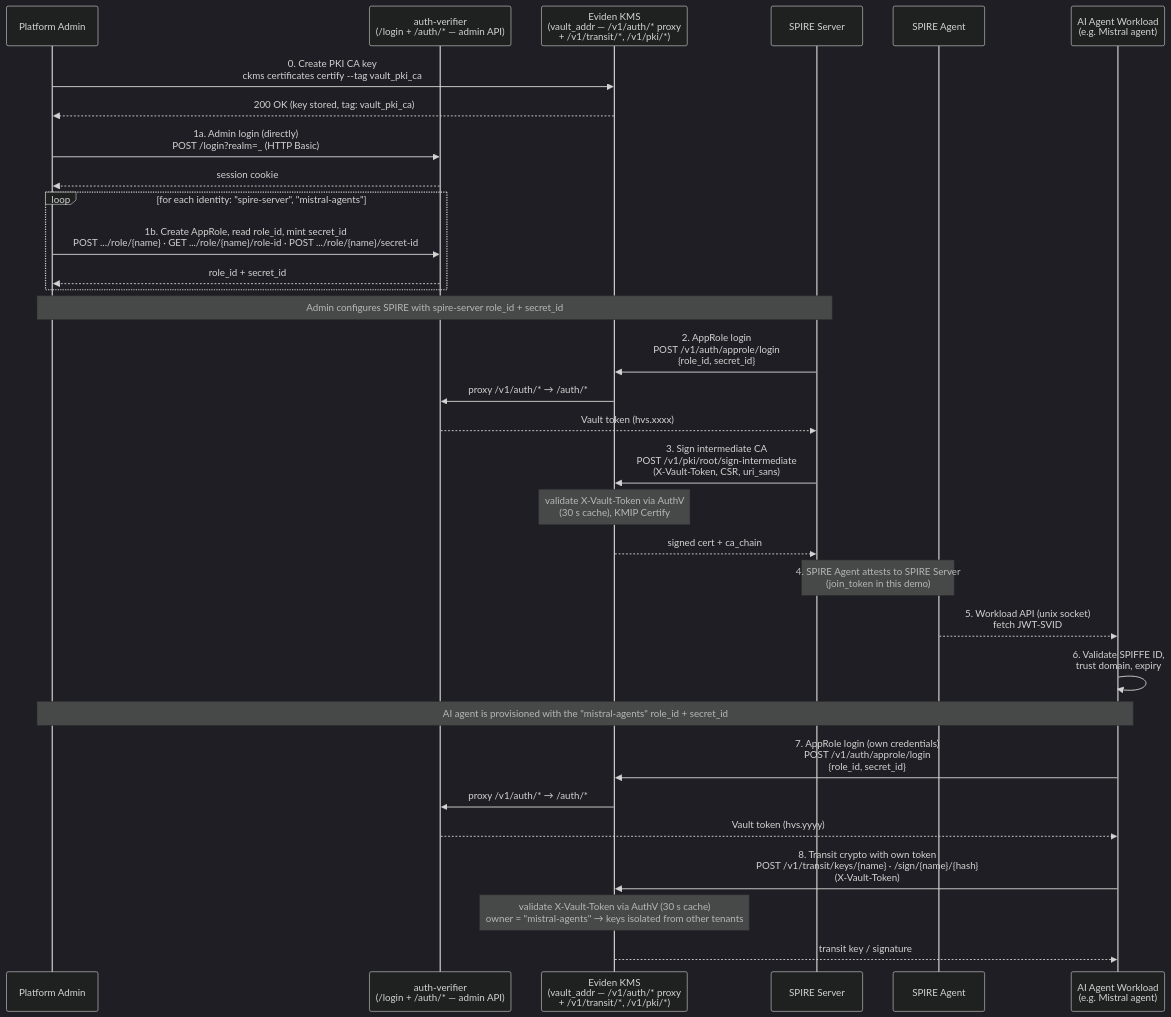
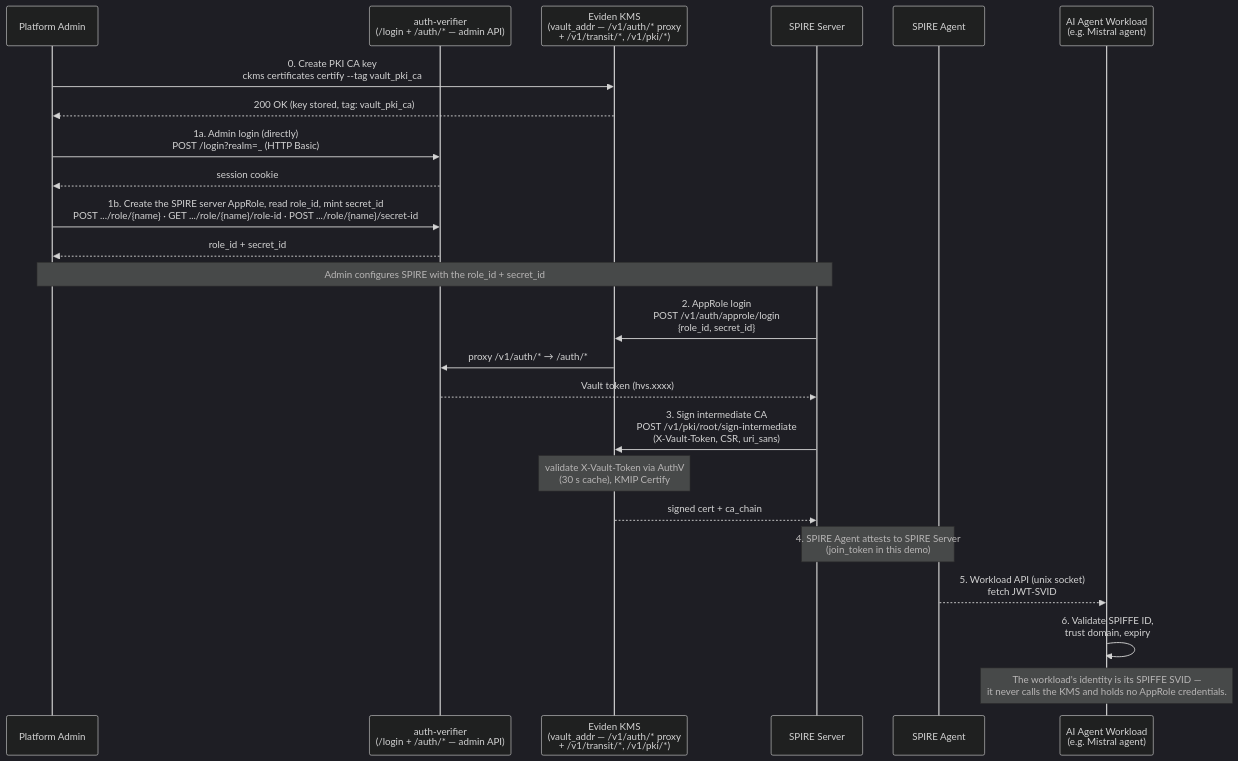
One commit to Cosmian/kms changed the first of 8 diagrams in documentation/docs/integrations/spire_spiffe.md. Above: the diagram before and after it, drawn with Mermaid (dark theme). The commit also changed other lines of this file and 4 other files, not shown here.

Commit message:
docs(spire): update global schema + add spire script tests

````diff
--- a/documentation/docs/integrations/spire_spiffe.md
+++ b/documentation/docs/integrations/spire_spiffe.md
@@ -14,35 +14,27 @@
 ```mermaid
 sequenceDiagram
     participant Admin as Platform Admin
     participant AuthV as auth-verifier<br/>(/login + /auth/* — admin API)
     participant KMS as Eviden KMS<br/>(vault_addr — /v1/auth/* proxy<br/>+ /v1/transit/*, /v1/pki/*)
     participant Server as SPIRE Server
     participant Agent as SPIRE Agent
     participant Mistral as AI Agent Workload<br/>(e.g. Mistral agent)
 
     Admin->>KMS: 0. Create PKI CA key<br/>ckms certificates certify --tag vault_pki_ca
     KMS-->>Admin: 200 OK (key stored, tag: vault_pki_ca)
     Admin->>AuthV: 1a. Admin login (directly)<br/>POST /login?realm=_ (HTTP Basic)
     AuthV-->>Admin: session cookie
-    loop for each identity: "spire-server", "mistral-agents"
-        Admin->>AuthV: 1b. Create AppRole, read role_id, mint secret_id<br/>POST .../role/{name} · GET .../role/{name}/role-id · POST .../role/{name}/secret-id
-        AuthV-->>Admin: role_id + secret_id
-    end
-    Note over Admin,Server: Admin configures SPIRE with spire-server role_id + secret_id
+    Admin->>AuthV: 1b. Create the SPIRE server AppRole, read role_id, mint secret_id<br/>POST .../role/{name} · GET .../role/{name}/role-id · POST .../role/{name}/secret-id
+    AuthV-->>Admin: role_id + secret_id
+    Note over Admin,Server: Admin configures SPIRE with the role_id + secret_id
     Server->>KMS: 2. AppRole login<br/>POST /v1/auth/approle/login<br/>{role_id, secret_id}
     KMS->>AuthV: proxy /v1/auth/* → /auth/*
     AuthV-->>Server: Vault token (hvs.xxxx)
     Server->>KMS: 3. Sign intermediate CA<br/>POST /v1/pki/root/sign-intermediate<br/>(X-Vault-Token, CSR, uri_sans)
     Note over KMS: validate X-Vault-Token via AuthV<br/>(30 s cache), KMIP Certify
     KMS-->>Server: signed cert + ca_chain
     Note over Server,Agent: 4. SPIRE Agent attests to SPIRE Server<br/>(join_token in this demo)
     Agent-->>Mistral: 5. Workload API (unix socket)<br/>fetch JWT-SVID
     Mistral->>Mistral: 6. Validate SPIFFE ID,<br/>trust domain, expiry
-    Note over Admin,Mistral: AI agent is provisioned with the "mistral-agents" role_id + secret_id
-    Mistral->>KMS: 7. AppRole login (own credentials)<br/>POST /v1/auth/approle/login<br/>{role_id, secret_id}
-    KMS->>AuthV: proxy /v1/auth/* → /auth/*
-    AuthV-->>Mistral: Vault token (hvs.yyyy)
-    Mistral->>KMS: 8. Transit crypto with own token<br/>POST /v1/transit/keys/{name} · /sign/{name}/{hash}<br/>(X-Vault-Token)
-    Note over KMS: validate X-Vault-Token via AuthV (30 s cache)<br/>owner = "mistral-agents" → keys isolated from other tenants
-    KMS-->>Mistral: transit key / signature
+    Note over Mistral: The workload's identity is its SPIFFE SVID —<br/>it never calls the KMS and holds no AppRole credentials.
 ```
````
